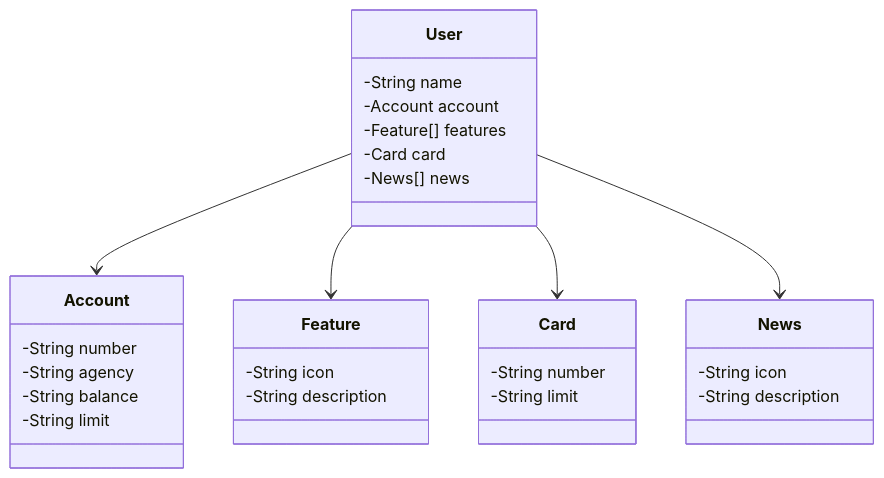
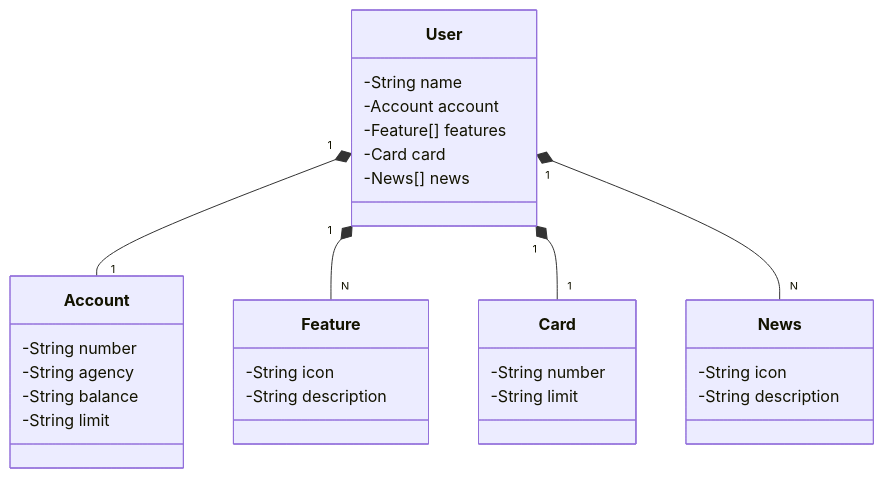
One commit to iFallenHunt/API-Santader2024 changed the diagram in README.md. Above: the diagram before and after it, drawn with Mermaid.

````diff
--- a/README.md
+++ b/README.md
@@ -1,37 +1,37 @@
 ```mermaid
 classDiagram
     class User {
         -String name
         -Account account
         -Feature[] features
         -Card card
         -News[] news
     }
 
     class Account {
         -String number
         -String agency
         -String balance
         -String limit
     }
 
     class Feature {
         -String icon
         -String description
     }
 
     class Card {
         -String number
         -String limit
     }
 
     class News {
         -String icon
         -String description
     }
 
-    User --> Account
-    User --> Feature
-    User --> Card
-    User --> News
+    User "1" *-- "1" Account
+    User "1" *-- "N" Feature
+    User "1" *-- "1" Card
+    User "1" *-- "N" News
 ```
````
